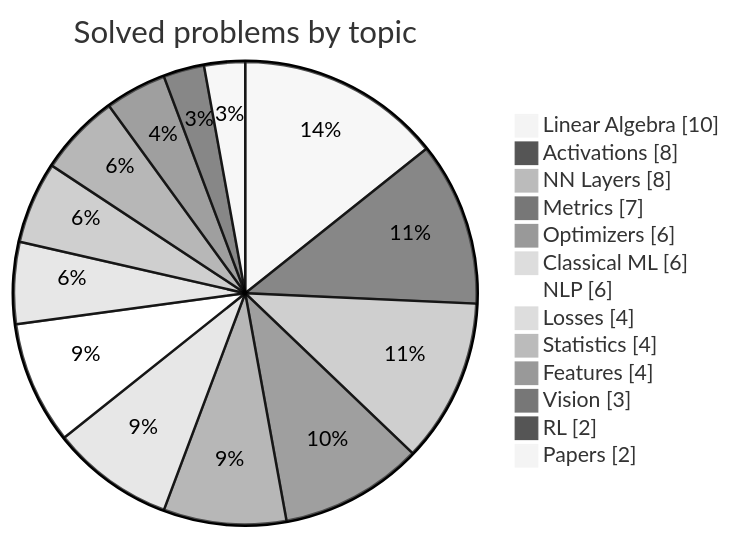
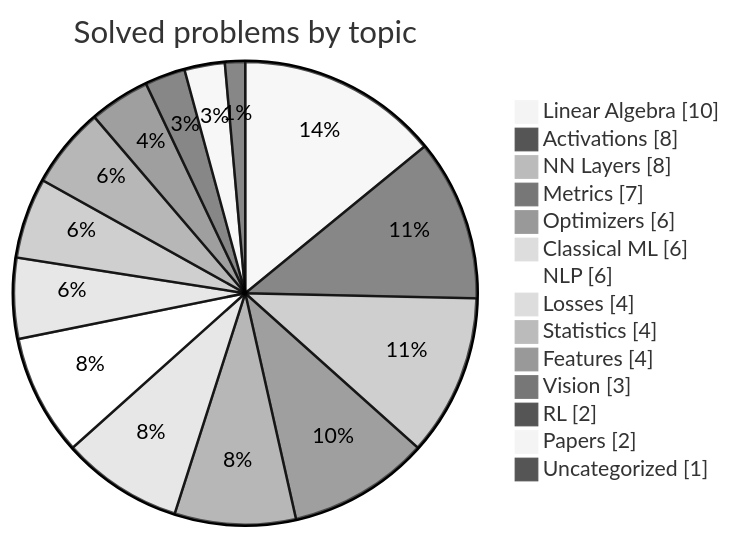
The second of 2 diagrams in README.md (HarryTrn/TensorTonic-Solutions), drawn with Mermaid (neutral theme) before and after one commit. The commit also changed other lines of this file, not shown here.

````diff
--- a/README.md
+++ b/README.md
@@ -74,17 +74,18 @@
 ```mermaid
 pie showData
     title Solved problems by topic
     "Linear Algebra" : 10
     "Activations" : 8
     "NN Layers" : 8
     "Metrics" : 7
     "Optimizers" : 6
     "Classical ML" : 6
     "NLP" : 6
     "Losses" : 4
     "Statistics" : 4
     "Features" : 4
     "Vision" : 3
     "RL" : 2
     "Papers" : 2
+    "Uncategorized" : 1
 ```
````
